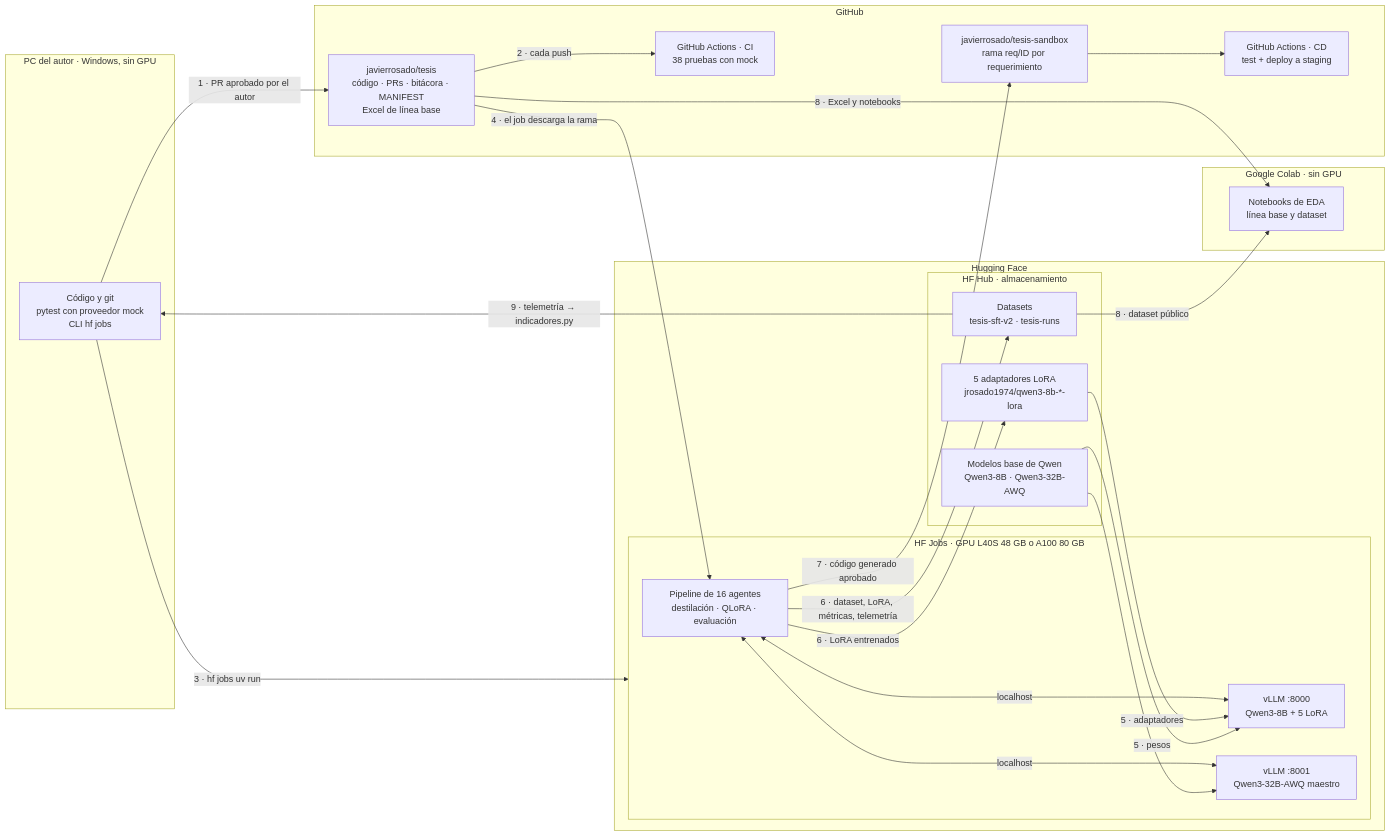
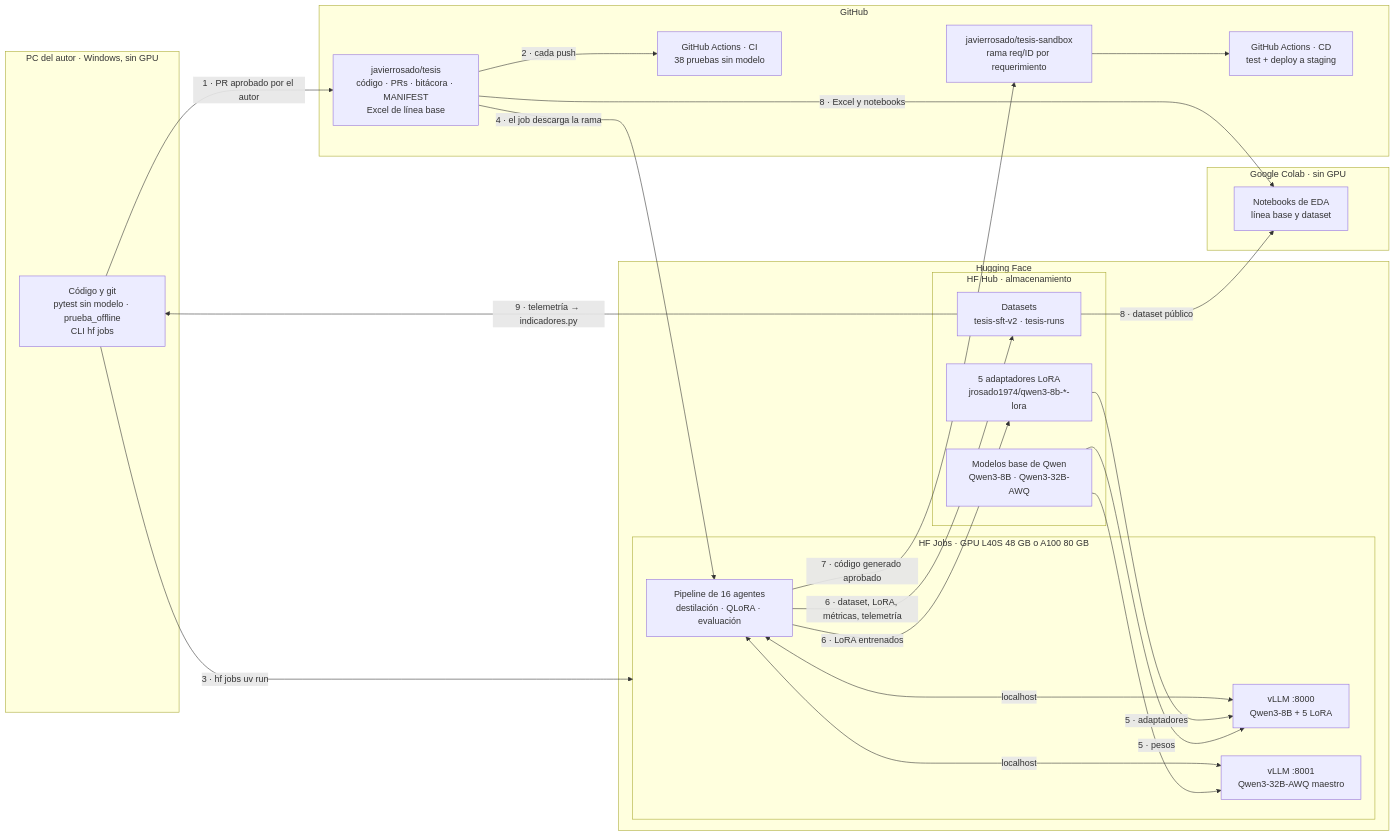
The first of 4 diagrams in README.md (javierrosado/tesis), drawn with Mermaid before and after one commit. The commit also changed other lines of this file and 10 other files, not shown here.

First line of the commit message:
Renombrar el proveedor de pruebas `mock` a `prueba_offline` (se mantiene `mock` como alias)

````diff
--- a/README.md
+++ b/README.md
@@ -45,47 +45,47 @@
 ```mermaid
 flowchart LR
   subgraph PC["PC del autor · Windows, sin GPU"]
-    DEV["Código y git<br/>pytest con proveedor mock<br/>CLI hf jobs"]
+    DEV["Código y git<br/>pytest sin modelo · prueba_offline<br/>CLI hf jobs"]
   end
 
   subgraph GH["GitHub"]
     REPO["javierrosado/tesis<br/>código · PRs · bitácora · MANIFEST<br/>Excel de línea base"]
-    CI["GitHub Actions · CI<br/>38 pruebas con mock"]
+    CI["GitHub Actions · CI<br/>38 pruebas sin modelo"]
     SBX["javierrosado/tesis-sandbox<br/>rama req/ID por requerimiento"]
     CD["GitHub Actions · CD<br/>test + deploy a staging"]
   end
 
   subgraph COLAB["Google Colab · sin GPU"]
     NB["Notebooks de EDA<br/>línea base y dataset"]
   end
 
   subgraph HF["Hugging Face"]
     subgraph HUB["HF Hub · almacenamiento"]
       BASE["Modelos base de Qwen<br/>Qwen3-8B · Qwen3-32B-AWQ"]
       LORA["5 adaptadores LoRA<br/>jrosado1974/qwen3-8b-*-lora"]
       DS["Datasets<br/>tesis-sft-v2 · tesis-runs"]
     end
     subgraph JOBS["HF Jobs · GPU L40S 48 GB o A100 80 GB"]
       V8["vLLM :8000<br/>Qwen3-8B + 5 LoRA"]
       V32["vLLM :8001<br/>Qwen3-32B-AWQ maestro"]
       PIPE["Pipeline de 16 agentes<br/>destilación · QLoRA · evaluación"]
     end
   end
 
   DEV -->|"1 · PR aprobado por el autor"| REPO
   REPO -->|"2 · cada push"| CI
   DEV -->|"3 · hf jobs uv run"| JOBS
   REPO -->|"4 · el job descarga la rama"| PIPE
   BASE -->|"5 · pesos"| V8
   BASE --> V32
   LORA -->|"5 · adaptadores"| V8
   PIPE <-->|"localhost"| V8
   PIPE <-->|"localhost"| V32
   PIPE -->|"6 · dataset, LoRA, métricas, telemetría"| DS
   PIPE -->|"6 · LoRA entrenados"| LORA
   PIPE -->|"7 · código generado aprobado"| SBX
   SBX --> CD
   REPO -->|"8 · Excel y notebooks"| NB
   DS -->|"8 · dataset público"| NB
   DS -->|"9 · telemetría → indicadores.py"| DEV
 ```
````
